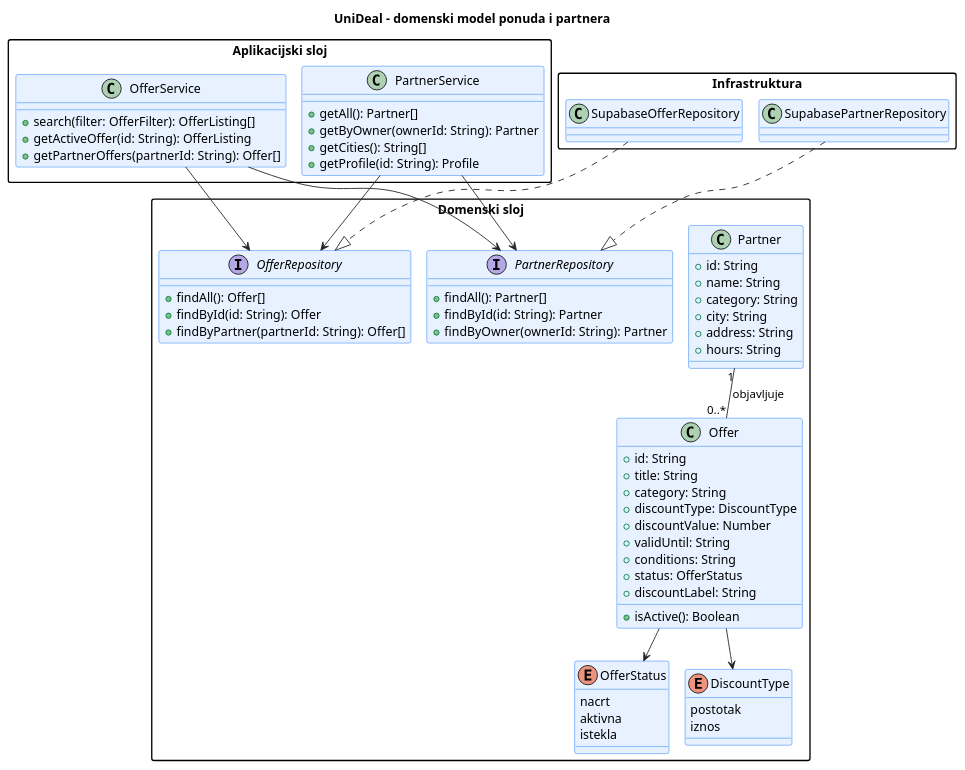
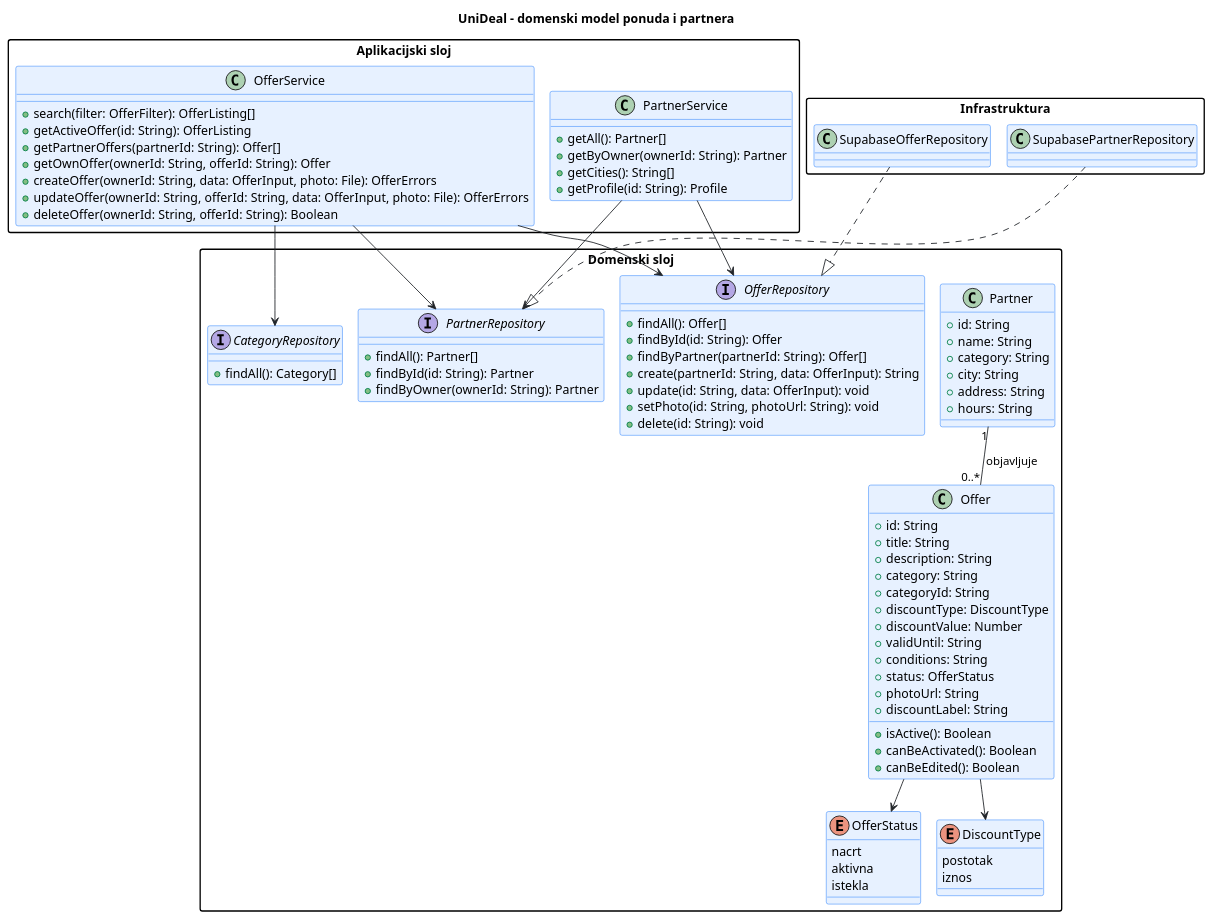
One commit to matejban/UniDeal changed the diagram in docs/puml/4-3-unideal-domain-CD.puml. Above: the diagram before and after it, drawn with PlantUML. The commit also changed 1 other file, not shown here.

```diff
--- a/docs/puml/4-3-unideal-domain-CD.puml
+++ b/docs/puml/4-3-unideal-domain-CD.puml
@@ -13,88 +13,105 @@
 @startuml
 !pragma layout smetana
 title UniDeal – domenski model ponuda i partnera
 
 skinparam shadowing false
 skinparam defaultFontName Arial
 skinparam packageStyle rectangle
 skinparam ArrowColor #212529
 
 skinparam class {
     BackgroundColor #E7F1FF
     BorderColor #0D6EFD
 }
 
 package "Aplikacijski sloj" {
     class OfferService {
         +search(filter: OfferFilter): OfferListing[]
         +getActiveOffer(id: String): OfferListing
         +getPartnerOffers(partnerId: String): Offer[]
+        +getOwnOffer(ownerId: String, offerId: String): Offer
+        +createOffer(ownerId: String, data: OfferInput, photo: File): OfferErrors
+        +updateOffer(ownerId: String, offerId: String, data: OfferInput, photo: File): OfferErrors
+        +deleteOffer(ownerId: String, offerId: String): Boolean
     }
     class PartnerService {
         +getAll(): Partner[]
         +getByOwner(ownerId: String): Partner
         +getCities(): String[]
         +getProfile(id: String): Profile
     }
 }
 
 package "Domenski sloj" {
     enum OfferStatus {
         nacrt
         aktivna
         istekla
     }
     enum DiscountType {
         postotak
         iznos
     }
     class Offer {
         +id: String
         +title: String
+        +description: String
         +category: String
+        +categoryId: String
         +discountType: DiscountType
         +discountValue: Number
         +validUntil: String
         +conditions: String
         +status: OfferStatus
+        +photoUrl: String
         +isActive(): Boolean
+        +canBeActivated(): Boolean
+        +canBeEdited(): Boolean
         +discountLabel: String
     }
     class Partner {
         +id: String
         +name: String
         +category: String
         +city: String
         +address: String
         +hours: String
     }
     interface OfferRepository {
         +findAll(): Offer[]
         +findById(id: String): Offer
         +findByPartner(partnerId: String): Offer[]
+        +create(partnerId: String, data: OfferInput): String
+        +update(id: String, data: OfferInput): void
+        +setPhoto(id: String, photoUrl: String): void
+        +delete(id: String): void
     }
     interface PartnerRepository {
         +findAll(): Partner[]
         +findById(id: String): Partner
         +findByOwner(ownerId: String): Partner
+    }
+    interface CategoryRepository {
+        +findAll(): Category[]
     }
 }
 
 package "Infrastruktura" {
     class SupabaseOfferRepository
     class SupabasePartnerRepository
 }
 
 Partner "1" -- "0..*" Offer : objavljuje >
 Offer --> OfferStatus
 Offer --> DiscountType
 
 OfferService --> OfferRepository
 OfferService --> PartnerRepository
+OfferService --> CategoryRepository
 PartnerService --> PartnerRepository
 PartnerService --> OfferRepository
 
 SupabaseOfferRepository ..|> OfferRepository
 SupabasePartnerRepository ..|> PartnerRepository
 
 @enduml
```
